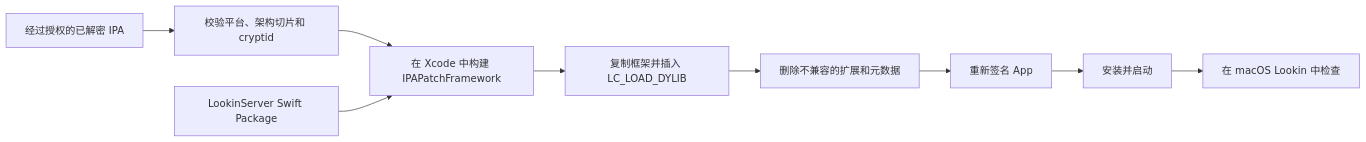
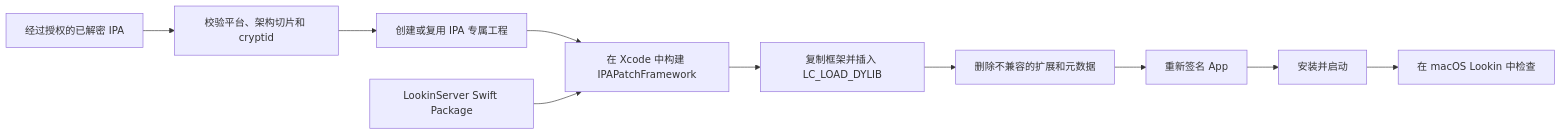
The diagram in README.zh-CN.md (jacklv-coder/IPAPatch-Lookin), drawn with Mermaid before and after one commit. The commit also changed other lines of this file and 12 other files, not shown here.

First line of the commit message:
Generate an isolated Xcode project per IPA (#3)

````diff
--- a/README.zh-CN.md
+++ b/README.zh-CN.md
@@ -198,11 +225,12 @@
 ```mermaid
 flowchart LR
     IPA["经过授权的已解密 IPA"] --> Validate["校验平台、架构切片和 cryptid"]
-    Validate --> Xcode["在 Xcode 中构建 IPAPatchFramework"]
+    Validate --> Generate["创建或复用 IPA 专属工程"]
+    Generate --> Xcode["在 Xcode 中构建 IPAPatchFramework"]
     Lookin["LookinServer Swift Package"] --> Xcode
     Xcode --> Inject["复制框架并插入 LC_LOAD_DYLIB"]
     Inject --> Prepare["删除不兼容的扩展和元数据"]
     Prepare --> Sign["重新签名 App"]
     Sign --> Launch["安装并启动"]
     Launch --> Inspect["在 macOS Lookin 中检查"]
 ```
````
